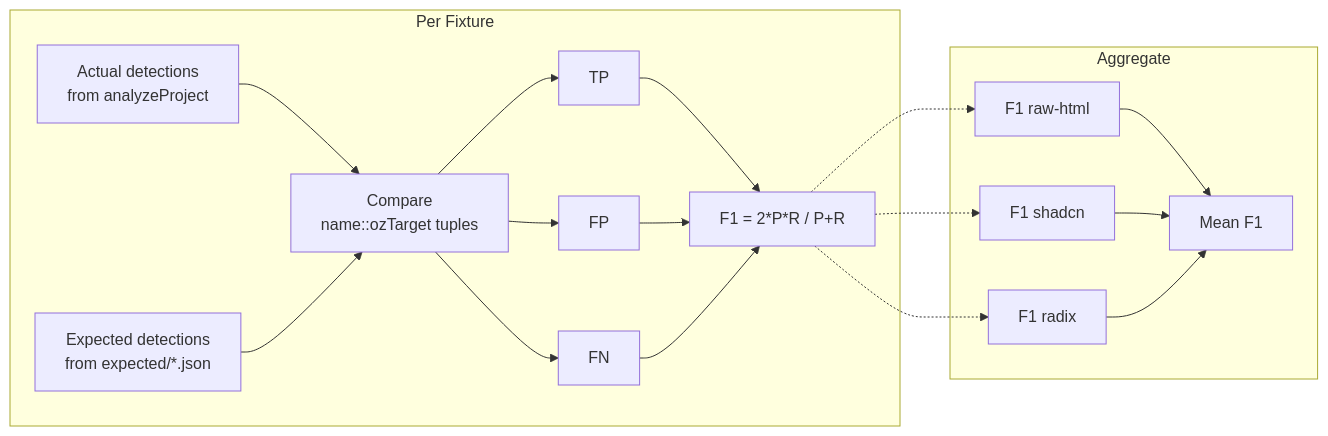
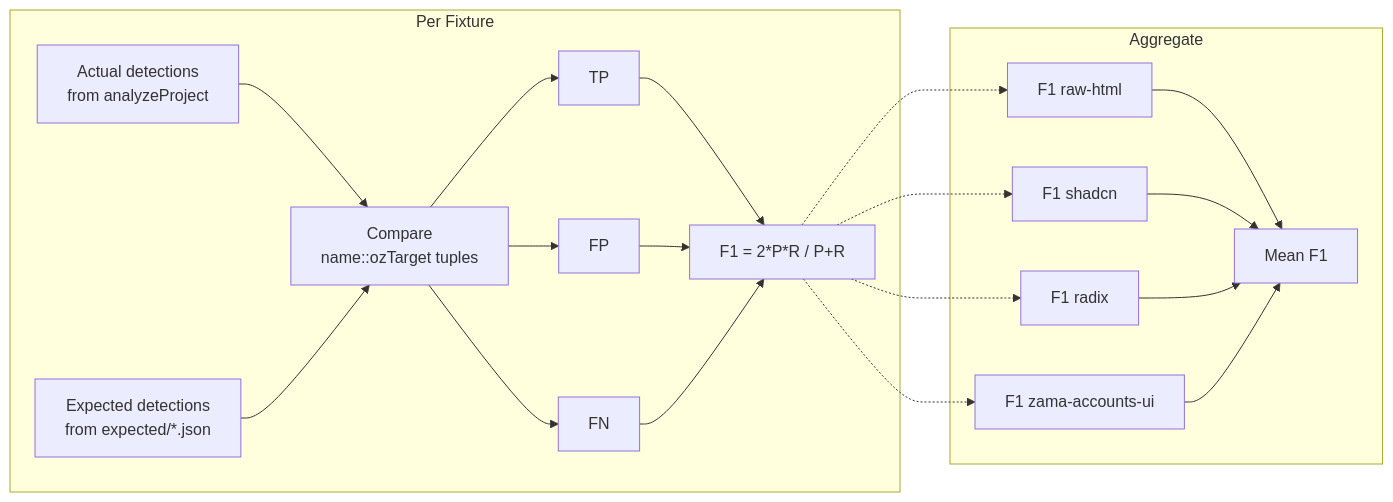
One commit to OpenZeppelin/openzeppelin-ui changed the third of 3 diagrams in packages/cli/autoresearch/README.md. Above: the diagram before and after it, drawn with Mermaid. The commit also changed other lines of this file and 55 other files, not shown here.

````diff
--- a/packages/cli/autoresearch/README.md
+++ b/packages/cli/autoresearch/README.md
@@ -138,28 +205,31 @@
 ```mermaid
 flowchart LR
     subgraph perFixture ["Per Fixture"]
         Actual["Actual detections\nfrom analyzeProject"]
         Expect["Expected detections\nfrom expected/*.json"]
         Actual --> Compare["Compare\nname::ozTarget tuples"]
         Expect --> Compare
         Compare --> TP["TP"]
         Compare --> FP["FP"]
         Compare --> FN["FN"]
         TP --> F1["F1 = 2*P*R / P+R"]
         FP --> F1
         FN --> F1
     end
 
     subgraph aggregate ["Aggregate"]
         F1_raw["F1 raw-html"]
         F1_shadcn["F1 shadcn"]
         F1_radix["F1 radix"]
+        F1_zama["F1 zama-accounts-ui"]
         F1_raw --> Mean["Mean F1"]
         F1_shadcn --> Mean
         F1_radix --> Mean
+        F1_zama --> Mean
     end
 
     F1 -.-> F1_raw
     F1 -.-> F1_shadcn
     F1 -.-> F1_radix
+    F1 -.-> F1_zama
 ```
````
